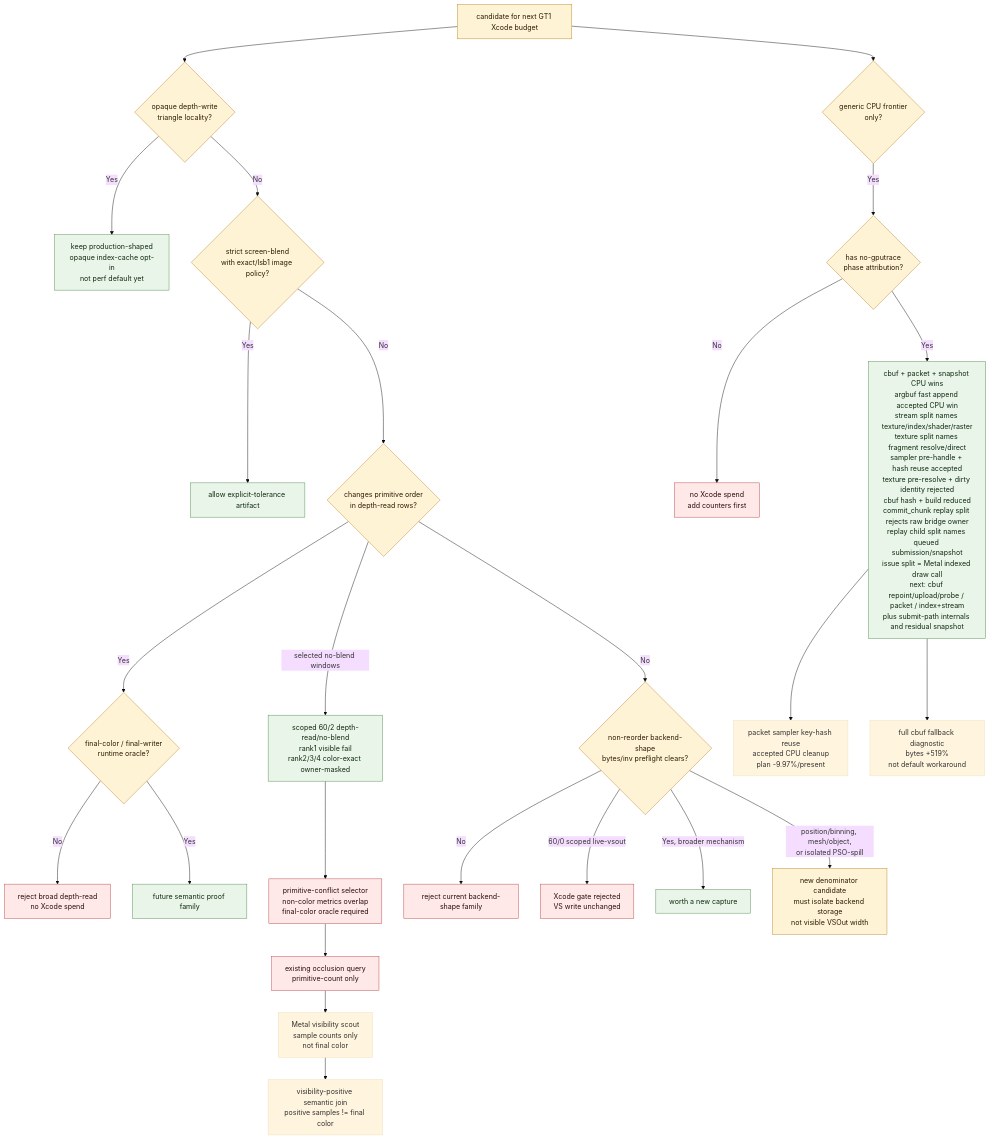
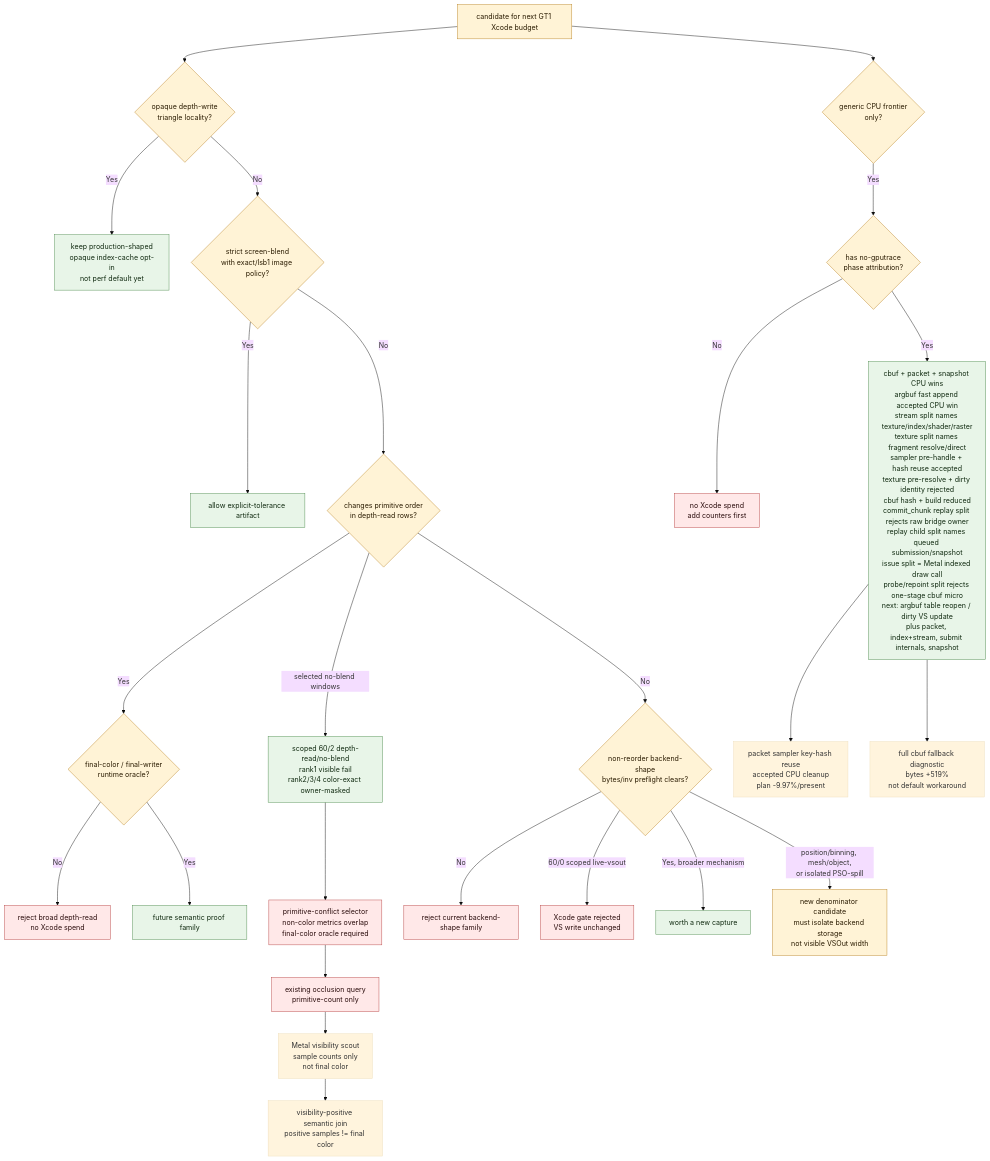
Before and after one commit to dfdgsdfg/dxmt9: the third of 3 diagrams in docs/perfomance/overview-3dmark05-gt1.md, drawn with Mermaid (base theme). The commit also changed other lines of this file and 7 other files, not shown here.

Commit message:
Split argbuf cbuf probe attribution

````diff
--- a/docs/perfomance/overview-3dmark05-gt1.md
+++ b/docs/perfomance/overview-3dmark05-gt1.md
@@ -810,36 +817,36 @@
 ```mermaid
 flowchart TD
   Start["candidate for next GT1 Xcode budget"] --> Opaque{"opaque depth-write\ntriangle locality?"}
   Opaque -- "Yes" --> Keep["keep production-shaped\nopaque index-cache opt-in\nnot perf default yet"]
   Opaque -- "No" --> Screen{"strict screen-blend\nwith exact/lsb1 image policy?"}
   Screen -- "Yes" --> Explicit["allow explicit-tolerance artifact"]
   Screen -- "No" --> Broad{"changes primitive order\nin depth-read rows?"}
   Broad -- "Yes" --> Oracle{"final-color / final-writer\nruntime oracle?"}
   Oracle -- "No" --> RejectBroad["reject broad depth-read\nno Xcode spend"]
   Oracle -- "Yes" --> FutureOracle["future semantic proof family"]
   Broad -- "selected no-blend windows" --> ScopedDepth["scoped 60/2 depth-read/no-blend\nrank1 visible fail\nrank2/3/4 color-exact owner-masked"]
   ScopedDepth --> ConflictSelector["primitive-conflict selector\nnon-color metrics overlap\nfinal-color oracle required"]
   ConflictSelector --> ExistingOcc["existing occlusion query\nprimitive-count only"]
   ExistingOcc --> VisScout["Metal visibility scout\nsample counts only\nnot final color"]
   VisScout --> VisJoin["visibility-positive semantic join\npositive samples != final color"]
   Broad -- "No" --> Backend{"non-reorder backend-shape\nbytes/inv preflight clears?"}
   Backend -- "No" --> RejectBackend["reject current backend-shape family"]
   Backend -- "60/0 scoped live-vsout" --> ScopedVsout["Xcode gate rejected\nVS write unchanged"]
   Backend -- "Yes, broader mechanism" --> Spend["worth a new capture"]
   Backend -- "position/binning, mesh/object,\nor isolated PSO-spill" --> NewBackend["new denominator candidate\nmust isolate backend storage\nnot visible VSOut width"]
   Start --> Cpu{"generic CPU frontier\nonly?"}
   Cpu -- "Yes" --> CpuProbe{"has no-gputrace\nphase attribution?"}
   CpuProbe -- "No" --> CpuReject["no Xcode spend\nadd counters first"]
-  CpuProbe -- "Yes" --> CpuNarrow["cbuf + packet + snapshot CPU wins\nargbuf fast append accepted CPU win\nstream split names texture/index/shader/raster\ntexture split names fragment resolve/direct\nsampler pre-handle + hash reuse accepted\ntexture pre-resolve + dirty identity rejected\ncbuf hash + build reduced\ncommit_chunk replay split rejects raw bridge owner\nreplay child split names queued submission/snapshot\nissue split = Metal indexed draw call\nnext: cbuf repoint/upload/probe / packet / index+stream\nplus submit-path internals and residual snapshot"]
+  CpuProbe -- "Yes" --> CpuNarrow["cbuf + packet + snapshot CPU wins\nargbuf fast append accepted CPU win\nstream split names texture/index/shader/raster\ntexture split names fragment resolve/direct\nsampler pre-handle + hash reuse accepted\ntexture pre-resolve + dirty identity rejected\ncbuf hash + build reduced\ncommit_chunk replay split rejects raw bridge owner\nreplay child split names queued submission/snapshot\nissue split = Metal indexed draw call\nprobe/repoint split rejects one-stage cbuf micro\nnext: argbuf table reopen / dirty VS update\nplus packet, index+stream, submit internals, snapshot"]
   CpuNarrow --> Packet21["packet sampler key-hash reuse\naccepted CPU cleanup\nplan -9.97%/present"]
   CpuNarrow --> FullCbufDiag["full cbuf fallback diagnostic\nbytes +519%\nnot default workaround"]
 
   classDef good fill:#e8f5e8,stroke:#4d8b4d,color:#102a10
   classDef warn fill:#fff3d6,stroke:#b98222,color:#2a1b00
   classDef bad fill:#ffe8e8,stroke:#b64242,color:#2b0d0d
   class Keep,Explicit,FutureOracle,Spend,ScopedDepth good
   class Start,Opaque,Screen,Broad,Oracle,Backend,Cpu,CpuProbe warn
   class NewBackend warn
   class CpuNarrow good
   class RejectBroad,RejectBackend,CpuReject,ConflictSelector,ExistingOcc,ScopedVsout bad
 ```
````
